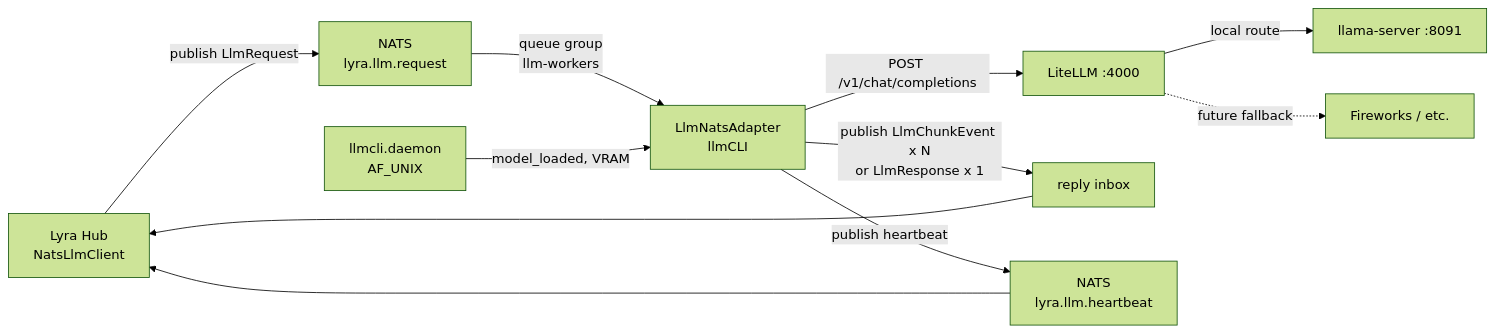
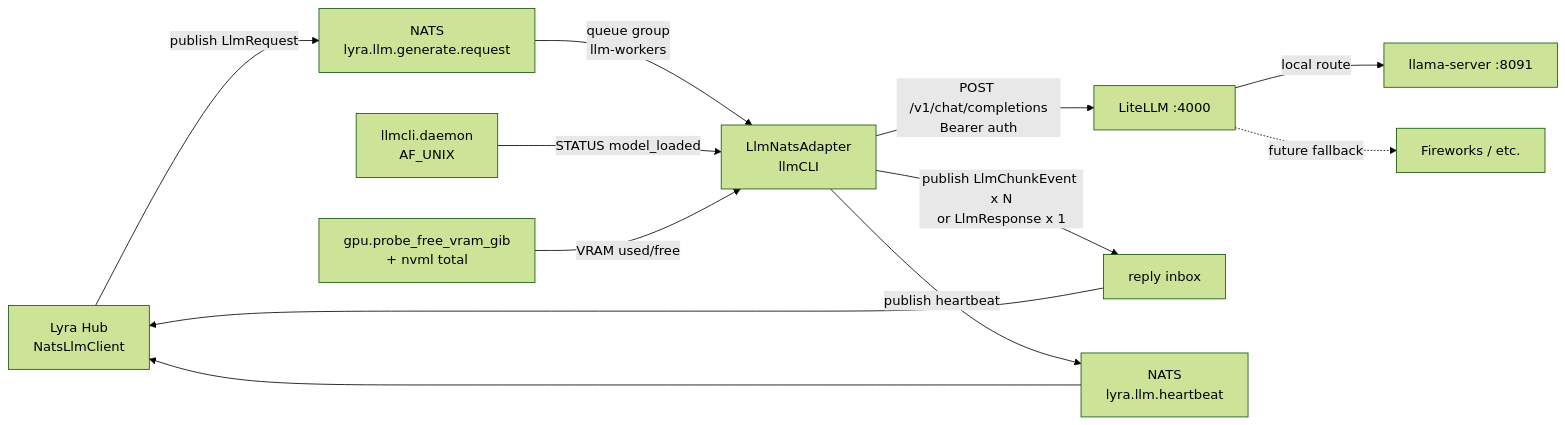
Before and after one commit to Roxabi/llmCLI: the second of 2 diagrams in artifacts/specs/12-nats-worker-spec.mdx, drawn with Mermaid (forest theme). The commit also changed other lines of this file, not shown here.

First line of the commit message:
docs(spec): refine #12 spec — canonical subject + LiteLLM downstream rectification

````diff
--- a/artifacts/specs/12-nats-worker-spec.mdx
+++ b/artifacts/specs/12-nats-worker-spec.mdx
@@ -97,13 +108,14 @@
 ```mermaid
 flowchart LR
-    Hub[Lyra Hub<br/>NatsLlmClient] -->|publish LlmRequest| Req[NATS<br/>lyra.llm.request]
+    Hub[Lyra Hub<br/>NatsLlmClient] -->|publish LlmRequest| Req[NATS<br/>lyra.llm.generate.request]
     Req -->|queue group<br/>llm-workers| Adapter[LlmNatsAdapter<br/>llmCLI]
-    Adapter -->|POST /v1/chat/completions| LiteLLM[LiteLLM :4000]
+    Adapter -->|POST /v1/chat/completions<br/>Bearer auth| LiteLLM[LiteLLM :4000]
     LiteLLM -->|local route| LlamaSrv[llama-server :8091]
     LiteLLM -.->|future fallback| API[Fireworks / etc.]
     Adapter -->|publish LlmChunkEvent x N<br/>or LlmResponse x 1| Inbox[reply inbox]
     Inbox --> Hub
     Adapter -->|publish heartbeat| HB[NATS<br/>lyra.llm.heartbeat]
     HB --> Hub
-    Daemon[llmcli.daemon<br/>AF_UNIX] -->|model_loaded, VRAM| Adapter
+    Daemon[llmcli.daemon<br/>AF_UNIX] -->|STATUS model_loaded| Adapter
+    GPU[gpu.probe_free_vram_gib<br/>+ nvml total] -->|VRAM used/free| Adapter
 ```
````
